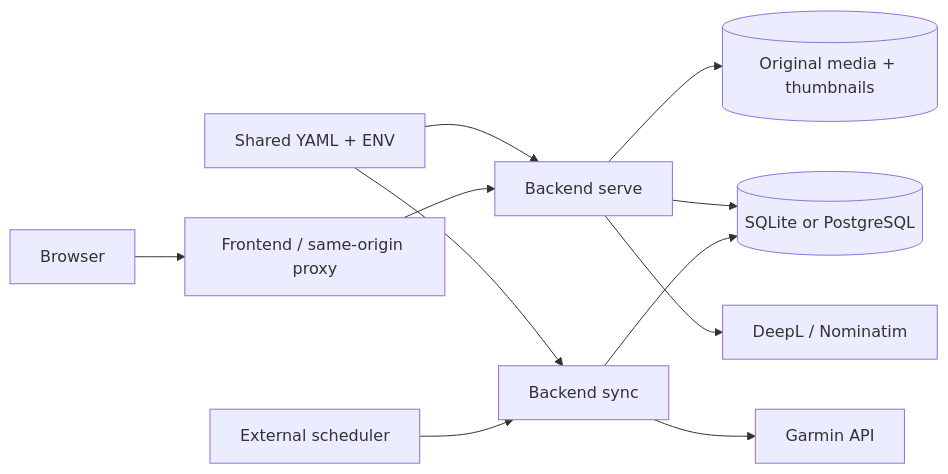
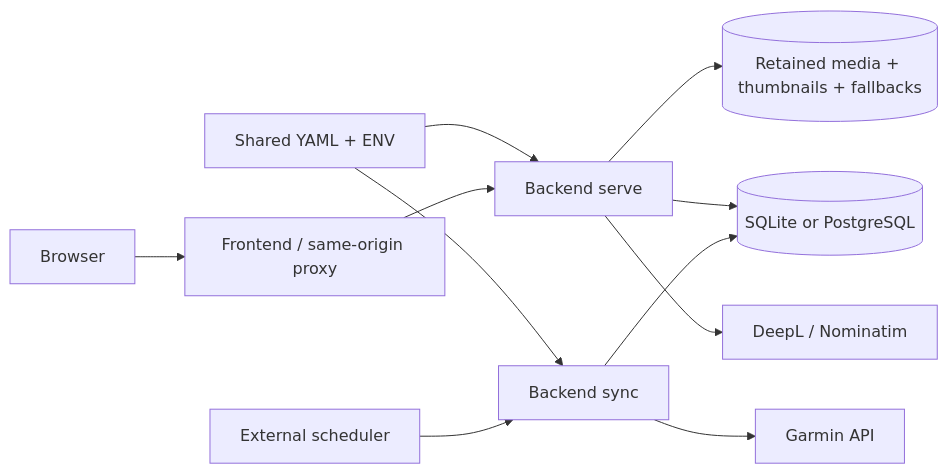
One commit to se0wtf/go-garmindives changed the diagram in SPECS.md. Above: the diagram before and after it, drawn with Mermaid. The commit also changed other lines of this file and 47 other files, not shown here.

````diff
--- a/SPECS.md
+++ b/SPECS.md
@@ -42,13 +42,13 @@
 ```mermaid
 flowchart LR
   Browser --> Frontend[Frontend / same-origin proxy]
   Frontend --> Serve[Backend serve]
   Schedule[External scheduler] --> Sync[Backend sync]
   Sync --> Garmin[Garmin API]
   Sync --> SQL[(SQLite or PostgreSQL)]
   Serve --> SQL
-  Serve --> Assets[(Original media + thumbnails)]
+  Serve --> Assets[(Retained media + thumbnails + fallbacks)]
   Serve --> Providers[DeepL / Nominatim]
   Config[Shared YAML + ENV] --> Serve
   Config --> Sync
 ```
````
